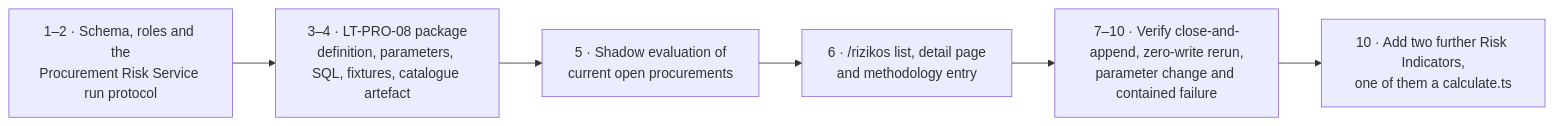
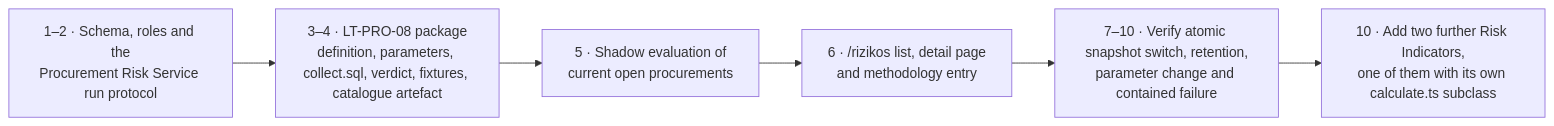
The seventh of 7 diagrams in docs/indicators-story/risk-service-architecture.md (Viespirkiu-grupe/viespirkiai), drawn with Mermaid before and after one commit. The commit also changed other lines of this file and 16 other files, not shown here.

````diff
--- a/docs/indicators-story/risk-service-architecture.md
+++ b/docs/indicators-story/risk-service-architecture.md
@@ -1518,10 +1767,10 @@
 ```mermaid
 flowchart LR
     SCHEMA["1–2 · Schema, roles and the<br/>Procurement Risk Service run protocol"]
-    IND["3–4 · LT-PRO-08 package<br/>definition, parameters, SQL, fixtures, catalogue artefact"]
+    IND["3–4 · LT-PRO-08 package<br/>definition, parameters, collect.sql, verdict, fixtures, catalogue artefact"]
     SHADOW["5 · Shadow evaluation of<br/>current open procurements"]
     WEB["6 · /rizikos list, detail page<br/>and methodology entry"]
-    VERIFY["7–10 · Verify close-and-append, zero-write rerun,<br/>parameter change and contained failure"]
-    NEXT["10 · Add two further Risk Indicators,<br/>one of them a calculate.ts"]
+    VERIFY["7–10 · Verify atomic snapshot switch, retention,<br/>parameter change and contained failure"]
+    NEXT["10 · Add two further Risk Indicators,<br/>one of them with its own calculate.ts subclass"]
     SCHEMA --> IND --> SHADOW --> WEB --> VERIFY --> NEXT
 ```
````
